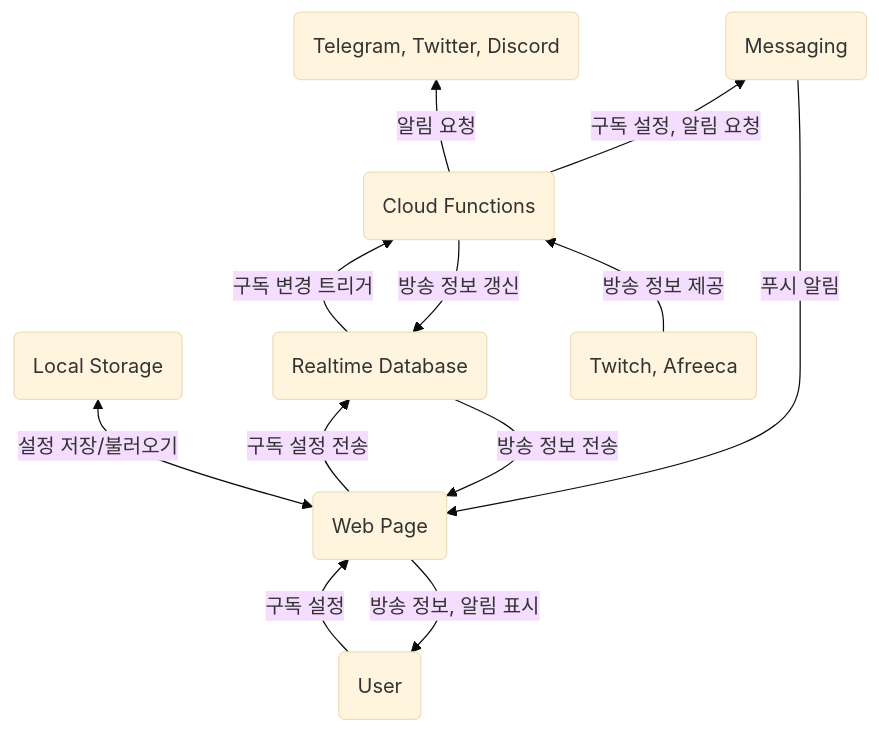
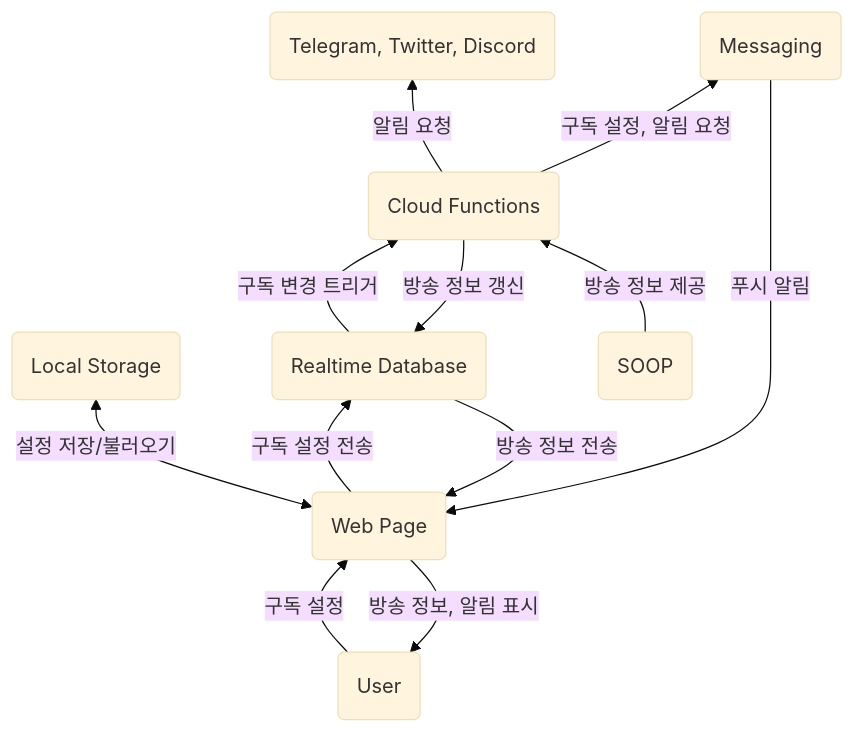
One commit to NeuroWhAI/isekaidol-stream-noti changed the diagram in README.md. Above: the diagram before and after it, drawn with Mermaid (base theme). The commit also changed other lines of this file and 5 other files, not shown here.

Commit message:
💬 Migrate the afreeca to the soop

````diff
--- a/README.md
+++ b/README.md
@@ -57,19 +57,19 @@
 ```mermaid
 flowchart BT
     U(User) -- 구독 설정 --> P(Web Page)
     P -- 방송 정보, 알림 표시 --> U
     
     P <-- 설정 저장/불러오기 --> S(Local Storage)
     
     P -- 구독 설정 전송 --> DB(Realtime Database)
     DB -- 방송 정보 전송 --> P
 
     DB -- 구독 변경 트리거 --> FN(Cloud Functions)
     FN -- 방송 정보 갱신 --> DB
 
     FN -- 알림 요청 --> END(Telegram, Twitter, Discord)
     FN -- 구독 설정, 알림 요청 --> M(Messaging)
-    BP(Twitch, Afreeca) -- 방송 정보 제공 --> FN
+    BP(SOOP) -- 방송 정보 제공 --> FN
 
     M -- 푸시 알림 --> P
 ```
````
